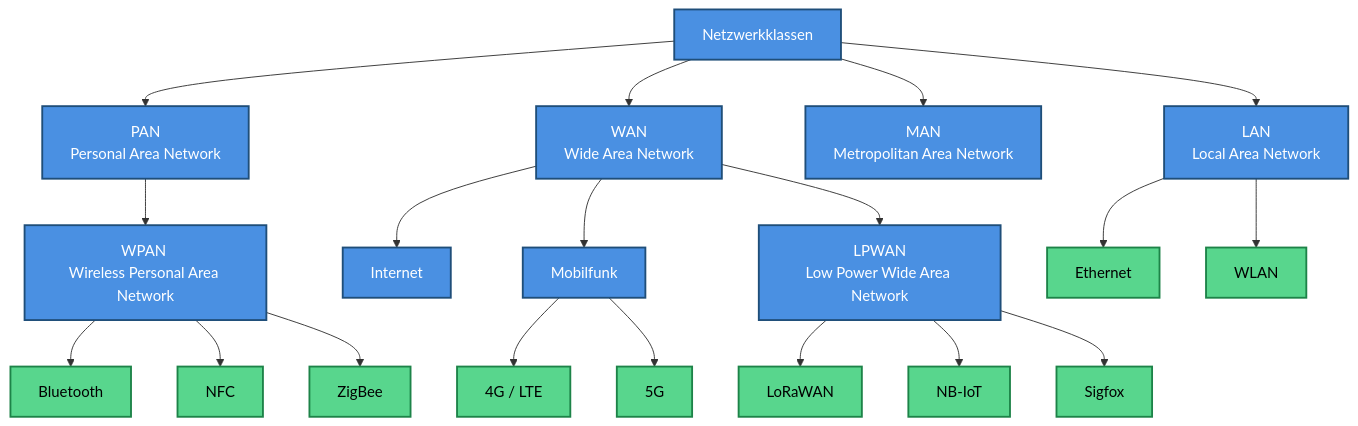
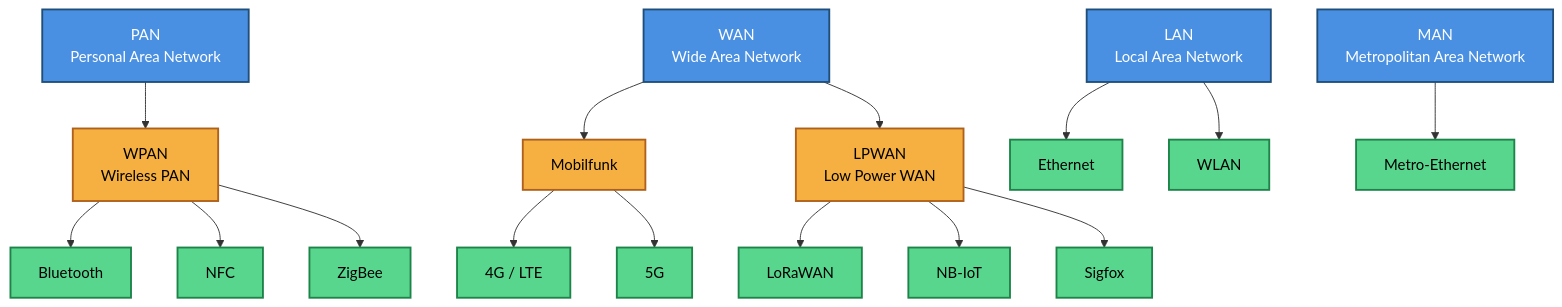
The diagram in backend/web/web-basics-advanced.md (luc-debug/fullstack-lecture), drawn with Mermaid before and after one commit. The commit also changed other lines of this file, not shown here.

Commit message:
feat: refine network classes diagram and enhance descriptions for clarity

````diff
--- a/backend/web/web-basics-advanced.md
+++ b/backend/web/web-basics-advanced.md
@@ -19,47 +19,42 @@
 ```mermaid
 graph TD
 
-    N[Netzwerkklassen]
 
-    N --> PAN["PAN<br/>Personal Area Network"]
-    N --> LAN["LAN<br/>Local Area Network"]
-    N --> MAN["MAN<br/>Metropolitan Area Network"]
-    N --> WAN["WAN<br/>Wide Area Network"]
 
-    PAN --> WPAN["WPAN <br/>Wireless Personal Area Network"]
+     PAN["PAN<br/>Personal Area Network"]
+     LAN["LAN<br/>Local Area Network"]
+     MAN["MAN<br/>Metropolitan Area Network"]
+     WAN["WAN<br/>Wide Area Network"]
 
-    WAN --> Internet[Internet]
+    %% Unterkategorien
+    PAN --> WPAN["WPAN<br/>Wireless PAN"]
     WAN --> Mobilfunk[Mobilfunk]
-    WAN --> LPWAN["LPWAN<br/>Low Power Wide Area Network"]
+    WAN --> LPWAN["LPWAN<br/>Low Power WAN"]
 
     %% Technologien
-
     WPAN --> Bluetooth[Bluetooth]
     WPAN --> NFC[NFC]
     WPAN --> ZigBee[ZigBee]
 
     LAN --> Ethernet[Ethernet]
     LAN --> WLAN[WLAN]
+
+    MAN --> MetroEth[Metro-Ethernet]
 
     Mobilfunk --> G4[4G / LTE]
     Mobilfunk --> G5[5G]
 
     LPWAN --> LoRaWAN[LoRaWAN]
     LPWAN --> NBIoT[NB-IoT]
     LPWAN --> Sigfox[Sigfox]
 
-
-    %% Farben Netzwerkklassen
+    %% Farben
     classDef netclass fill:#4A90E2,color:#fff,stroke:#1F4E79,stroke-width:2px;
-
-    %% Farben Technologien
+    classDef subcat fill:#F5B041,color:#000,stroke:#AF601A,stroke-width:2px;
     classDef tech fill:#58D68D,color:#000,stroke:#1D8348,stroke-width:2px;
 
-    %% Farben Funktechnologien/Protokolle
-    classDef radio fill:#F5B041,color:#000,stroke:#AF601A,stroke-width:2px;
-
-    class N,PAN,WPAN,LAN,MAN,WAN,Internet,Mobilfunk,LPWAN netclass;
-
-    class Bluetooth,NFC,ZigBee,Ethernet,WLAN,G4,G5,NBIoT,Sigfox,LoRaWAN tech;
+    class N,PAN,LAN,MAN,WAN netclass;
+    class WPAN,Mobilfunk,LPWAN subcat;
+    class Bluetooth,NFC,ZigBee,Ethernet,WLAN,MetroEth,G4,G5,LoRaWAN,NBIoT,Sigfox tech;
 
 ```
````
